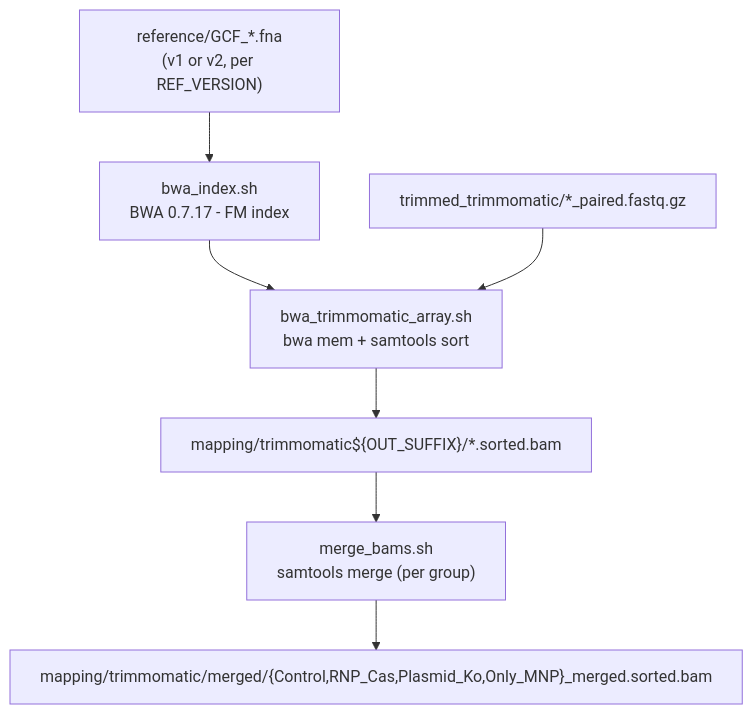
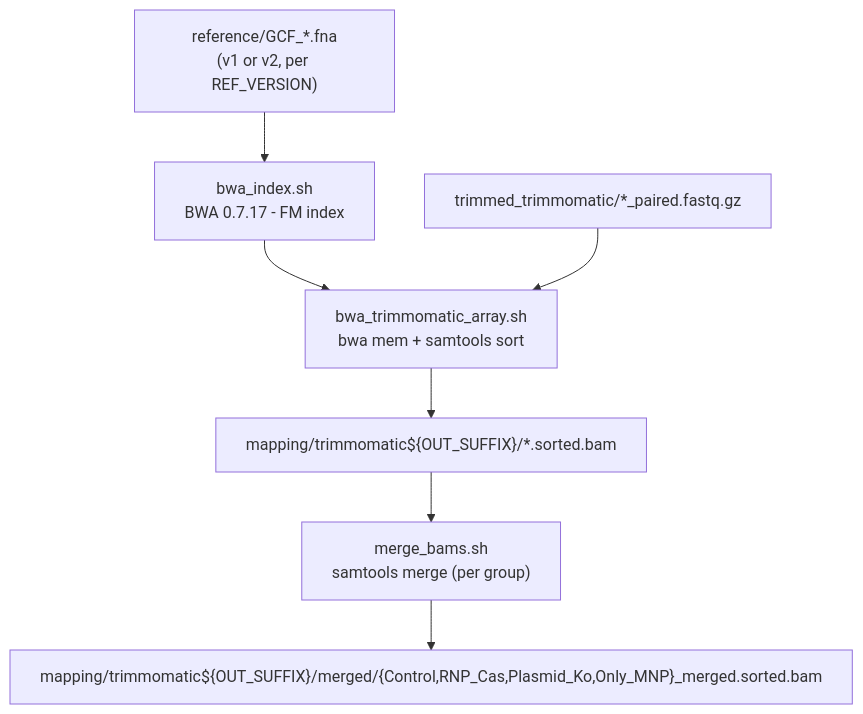
One commit to diegomartinez33/guppy-crispr-wgs-pipeline changed the second of 10 diagrams in docs/PIPELINE.md. Above: the diagram before and after it, drawn with Mermaid. The commit also changed other lines of this file and 7 other files, not shown here.

````diff
--- a/docs/PIPELINE.md
+++ b/docs/PIPELINE.md
@@ -78,9 +78,9 @@
 ```mermaid
 flowchart TD
     R["reference/GCF_*.fna\n(v1 or v2, per REF_VERSION)"] --> IDX["bwa_index.sh\nBWA 0.7.17 - FM index"]
     IDX --> M["bwa_trimmomatic_array.sh\nbwa mem + samtools sort"]
     T["trimmed_trimmomatic/*_paired.fastq.gz"] --> M
     M --> S["mapping/trimmomatic${OUT_SUFFIX}/*.sorted.bam"]
     S --> MG["merge_bams.sh\nsamtools merge (per group)"]
-    MG --> GB["mapping/trimmomatic/merged/{Control,RNP_Cas,Plasmid_Ko,Only_MNP}_merged.sorted.bam"]
+    MG --> GB["mapping/trimmomatic${OUT_SUFFIX}/merged/{Control,RNP_Cas,Plasmid_Ko,Only_MNP}_merged.sorted.bam"]
 ```
````
